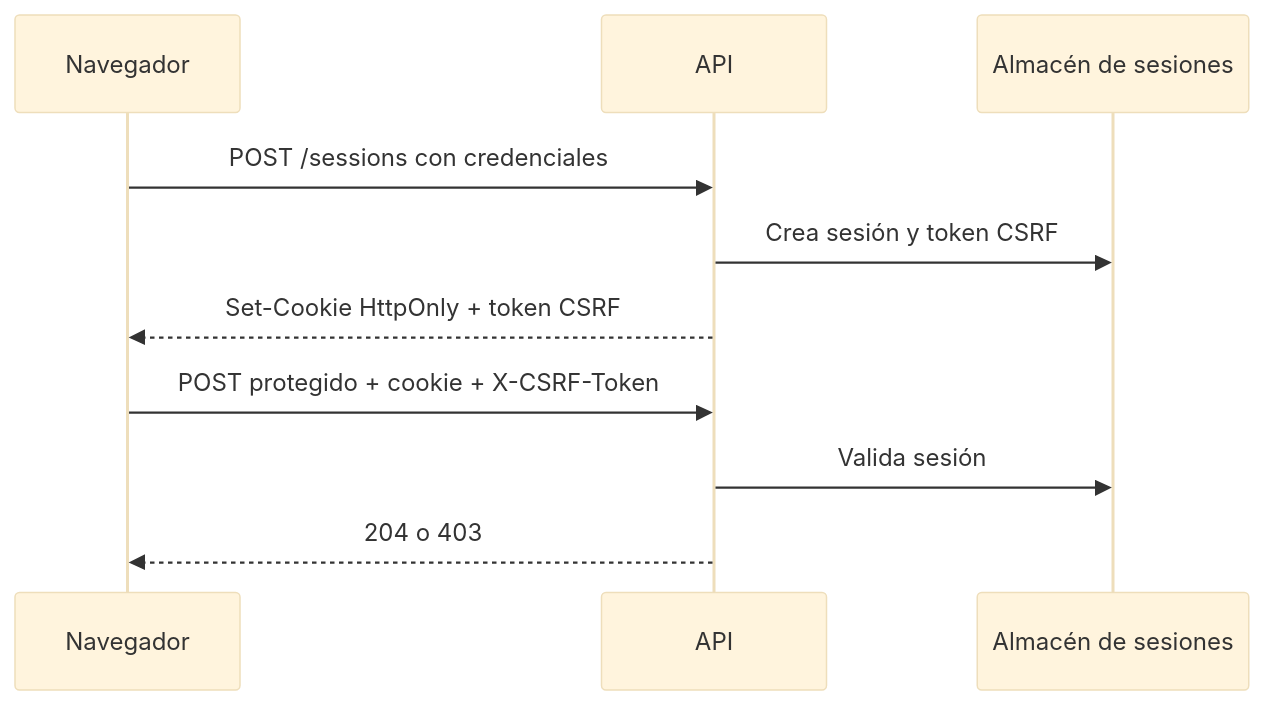
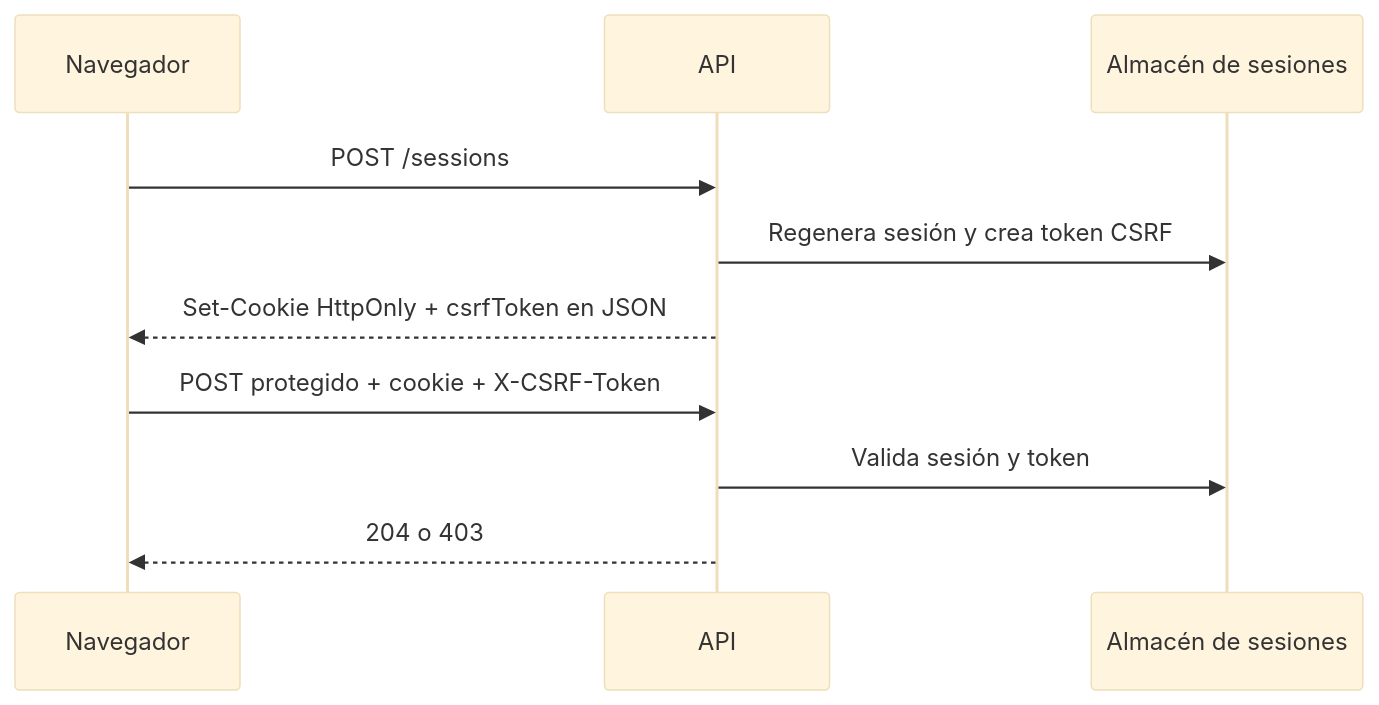
Before and after one commit to NICORUIZ93/The_Imperial_Book: the first of 2 diagrams in web/public/content/node/modulo-6.md, drawn with Mermaid (base theme). The commit also changed other lines of this file and 33 other files, not shown here.

````diff
--- a/web/public/content/node/modulo-6.md
+++ b/web/public/content/node/modulo-6.md
@@ -370,12 +547,12 @@
 ```mermaid
 sequenceDiagram
   participant B as Navegador
   participant A as API
   participant S as Almacén de sesiones
-  B->>A: POST /sessions con credenciales
-  A->>S: Crea sesión y token CSRF
-  A-->>B: Set-Cookie HttpOnly + token CSRF
+  B->>A: POST /sessions
+  A->>S: Regenera sesión y crea token CSRF
+  A-->>B: Set-Cookie HttpOnly + csrfToken en JSON
   B->>A: POST protegido + cookie + X-CSRF-Token
-  A->>S: Valida sesión
+  A->>S: Valida sesión y token
   A-->>B: 204 o 403
 ```
````
